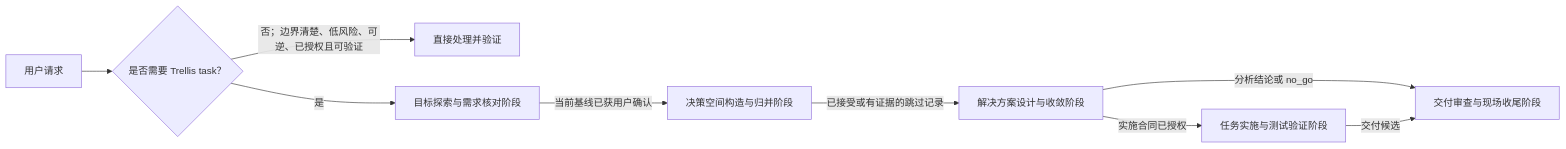
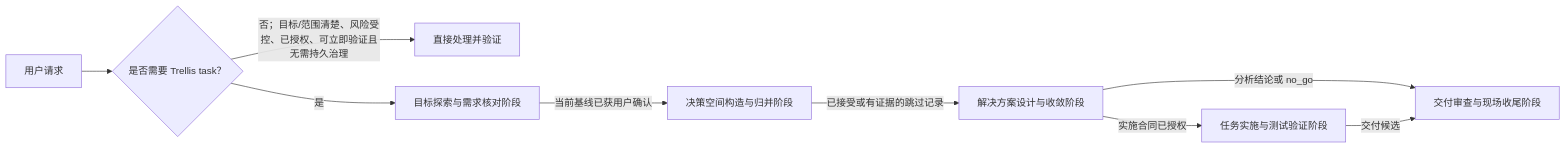
The diagram in packages/cli/src/templates/trellis/workflow.md (PennixRv/Trellis), drawn with Mermaid before and after one commit. The commit also changed other lines of this file and 5 other files, not shown here.

````diff
--- a/packages/cli/src/templates/trellis/workflow.md
+++ b/packages/cli/src/templates/trellis/workflow.md
@@ -74,11 +74,11 @@
 ```mermaid
 flowchart LR
   request["用户请求"] --> triage{"是否需要 Trellis task？"}
-  triage -->|"否；边界清楚、低风险、可逆、已授权且可验证"| direct["直接处理并验证"]
+  triage -->|"否；目标/范围清楚、风险受控、已授权、可立即验证且无需持久治理"| direct["直接处理并验证"]
   triage -->|"是"| goal_exploration_and_requirements["目标探索与需求核对阶段"]
   goal_exploration_and_requirements -->|"当前基线已获用户确认"| decision_space_construction_and_merging["决策空间构造与归并阶段"]
   decision_space_construction_and_merging -->|"已接受或有证据的跳过记录"| solution_design_and_convergence["解决方案设计与收敛阶段"]
   solution_design_and_convergence -->|"实施合同已授权"| task_implementation["任务实施与测试验证阶段"]
   solution_design_and_convergence -->|"分析结论或 no_go"| delivery_review_and_closeout["交付审查与现场收尾阶段"]
   task_implementation -->|"交付候选"| delivery_review_and_closeout
 ```
````
